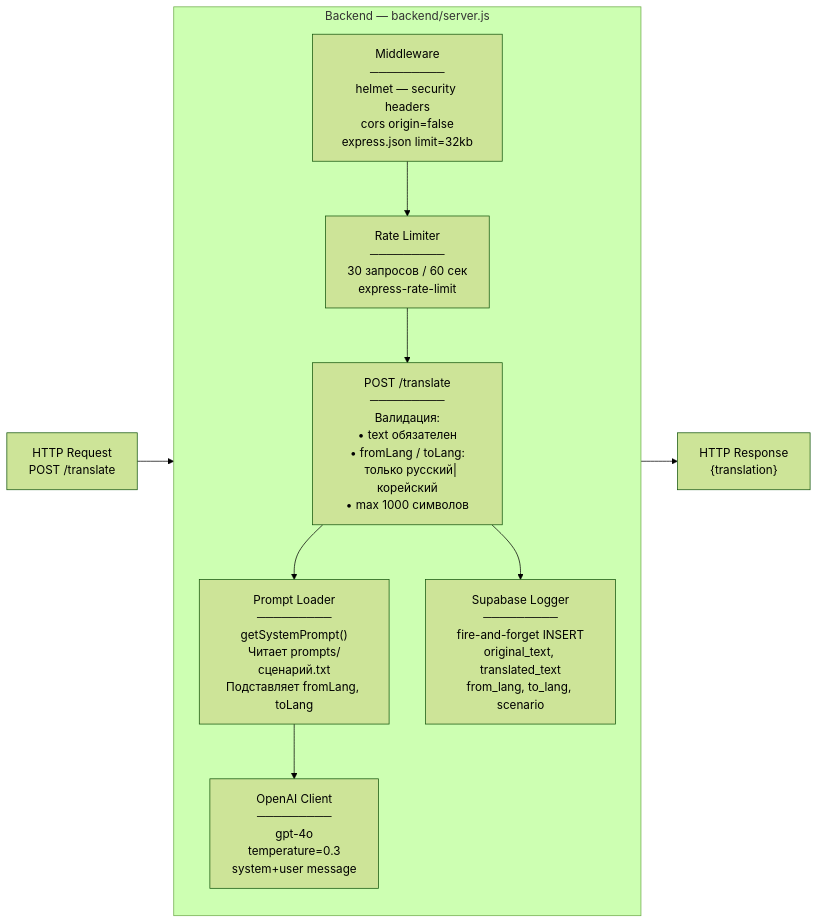
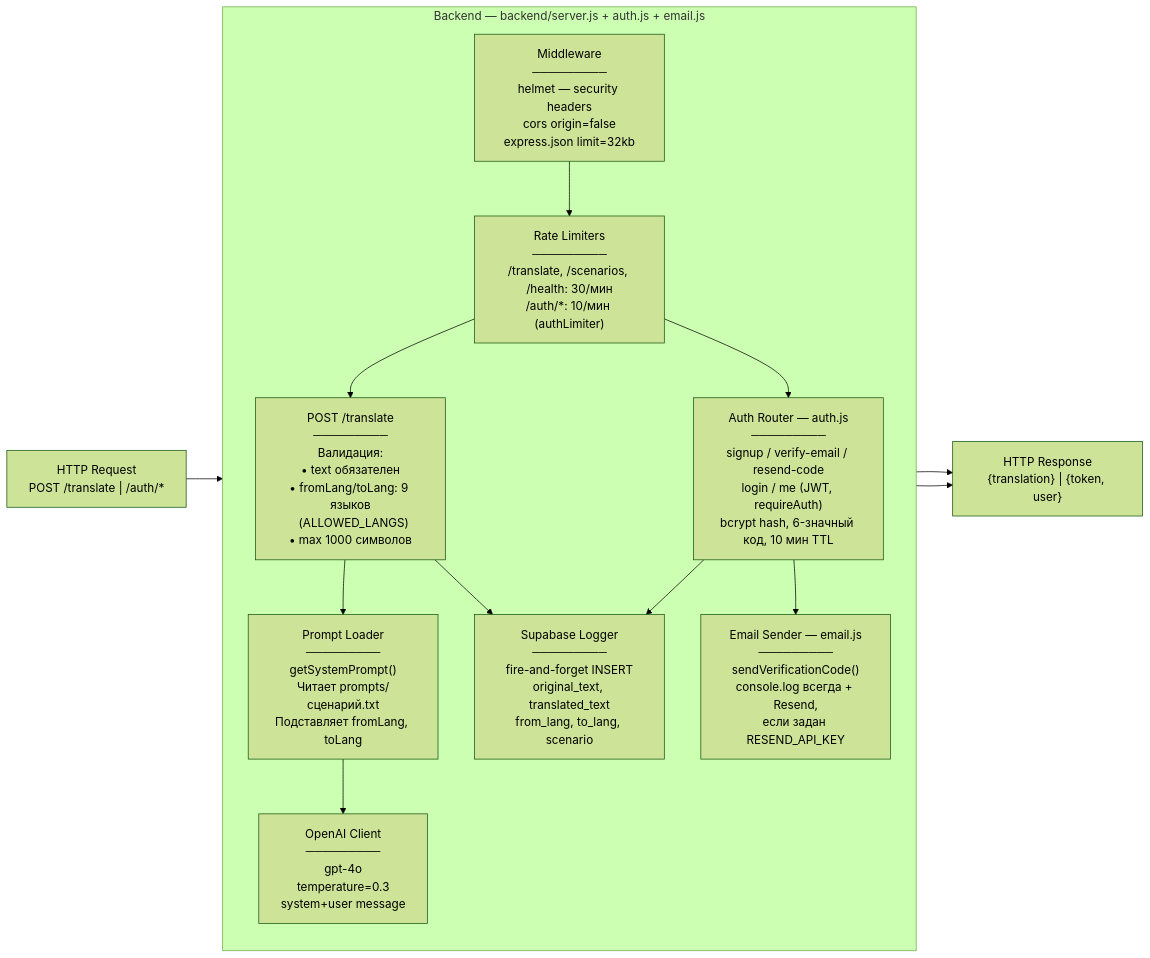
The fourth of 6 diagrams in ARCHITECTURE.md (kotspilgrim/translator), drawn with Mermaid (forest theme) before and after one commit. The commit also changed other lines of this file and 2 other files, not shown here.

First line of the commit message:
docs: update ARCHITECTURE.md and CLAUDE.md for Railway deploy + release APK

````diff
--- a/ARCHITECTURE.md
+++ b/ARCHITECTURE.md
@@ -124,22 +139,29 @@
 ```mermaid
 graph LR
-  REQ["HTTP Request\nPOST /translate"]
+  REQ["HTTP Request\nPOST /translate | /auth/*"]
 
-  subgraph backend["Backend — backend/server.js"]
+  subgraph backend["Backend — backend/server.js + auth.js + email.js"]
     direction TB
     MW["Middleware\n─────────\nhelmet — security headers\ncors origin=false\nexpress.json limit=32kb"]
-    RL["Rate Limiter\n─────────\n30 запросов / 60 сек\nexpress-rate-limit"]
-    ROUTE["POST /translate\n─────────\nВалидация:\n• text обязателен\n• fromLang / toLang:\n  только русский|корейский\n• max 1000 символов"]
+    RL["Rate Limiters\n─────────\n/translate, /scenarios, /health: 30/мин\n/auth/*: 10/мин (authLimiter)"]
+    ROUTE["POST /translate\n─────────\nВалидация:\n• text обязателен\n• fromLang/toLang: 9 языков\n  (ALLOWED_LANGS)\n• max 1000 символов"]
     PL["Prompt Loader\n─────────\ngetSystemPrompt()\nЧитает prompts/сценарий.txt\nПодставляет fromLang, toLang"]
     OAI["OpenAI Client\n─────────\ngpt-4o\ntemperature=0.3\nsystem+user message"]
     SB["Supabase Logger\n─────────\nfire-and-forget INSERT\noriginal_text, translated_text\nfrom_lang, to_lang, scenario"]
+    AUTH["Auth Router — auth.js\n─────────\nsignup / verify-email / resend-code\nlogin / me (JWT, requireAuth)\nbcrypt hash, 6-значный код, 10 мин TTL"]
+    EMAIL["Email Sender — email.js\n─────────\nsendVerificationCode()\nconsole.log всегда + Resend,\nесли задан RESEND_API_KEY"]
   end
 
-  RESP["HTTP Response\n{translation}"]
+  RESP["HTTP Response\n{translation} | {token, user}"]
 
-  REQ --> MW --> RL --> ROUTE
+  REQ --> MW --> RL
+  RL --> ROUTE
+  RL --> AUTH
   ROUTE --> PL
   PL --> OAI
   OAI --> RESP
   ROUTE --> SB
+  AUTH --> EMAIL
+  AUTH --> SB
+  AUTH --> RESP
 ```
````
